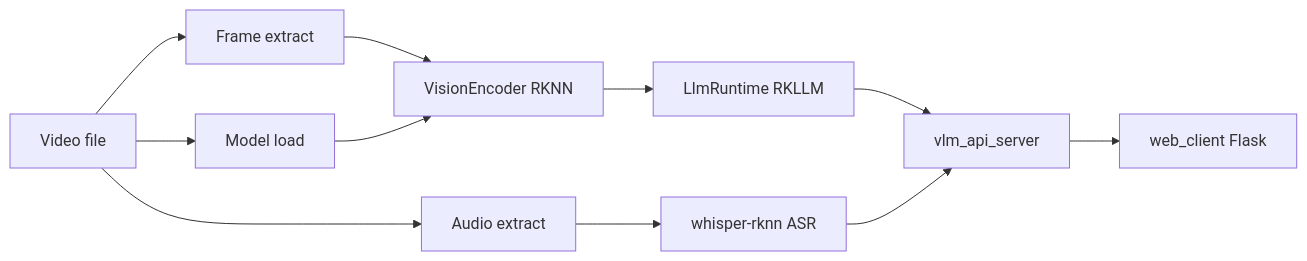
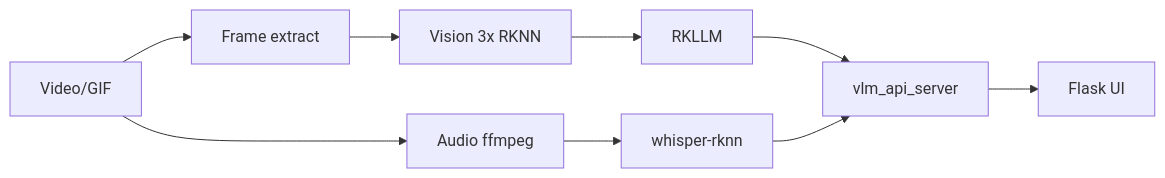
One commit to ShiWarai/video-descriptor-rkllm changed the diagram in README.md. Above: the diagram before and after it, drawn with Mermaid. The commit also changed other lines of this file, not shown here.

````diff
--- a/README.md
+++ b/README.md
@@ -82,13 +34,11 @@
 ```mermaid
 flowchart LR
-  Video[Video file] --> FrameExt[Frame extract]
-  Video --> AudioExt[Audio extract]
-  Video --> ModelLoad[Model load]
-  FrameExt --> RKNN[VisionEncoder RKNN]
-  AudioExt --> Whisper[whisper-rknn ASR]
-  ModelLoad --> RKNN
-  RKNN --> RKLLM[LlmRuntime RKLLM]
+  Video[Video/GIF] --> FrameExt[Frame extract]
+  Video --> AudioExt[Audio ffmpeg]
+  FrameExt --> RKNN[Vision 3x RKNN]
+  AudioExt --> Whisper[whisper-rknn]
+  RKNN --> RKLLM[RKLLM]
   RKLLM --> API[vlm_api_server]
   Whisper --> API
-  API --> Web[web_client Flask]
+  API --> Web[Flask UI]
 ```
````
